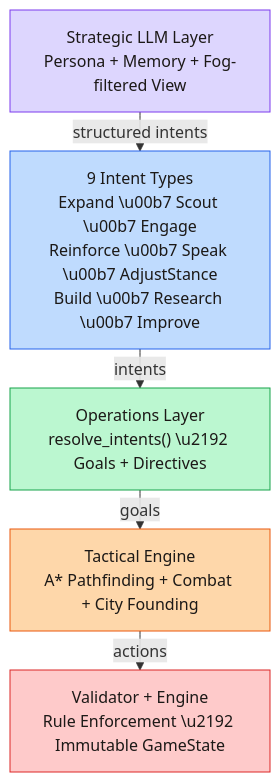
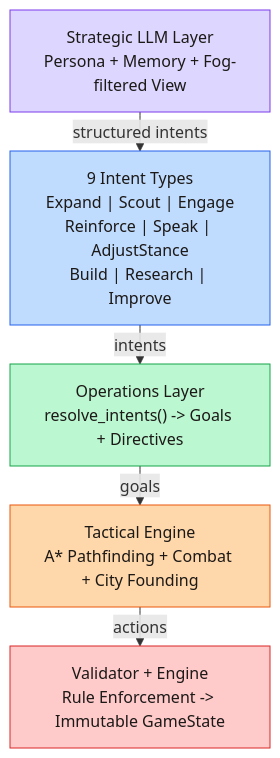
The diagram in docs/report/figures/fig2_intent_abstraction.md (maxtwotouch/StrategAI), drawn with Mermaid before and after one commit. The commit also changed 1 other file, not shown here.

Commit message:
Fix bad emojis in figure

````diff
--- a/docs/report/figures/fig2_intent_abstraction.md
+++ b/docs/report/figures/fig2_intent_abstraction.md
@@ -3,20 +3,20 @@
 ```mermaid
 %%{init: {'flowchart': {'rankSpacing': 15, 'nodeSpacing': 20}}}%%
 graph TD
     classDef llm fill:#ddd6fe,color:#1c1917,stroke:#7c3aed
     classDef intent fill:#bfdbfe,color:#1c1917,stroke:#2563eb
     classDef ops fill:#bbf7d0,color:#1c1917,stroke:#16a34a
     classDef tac fill:#fed7aa,color:#1c1917,stroke:#ea580c
     classDef val fill:#fecaca,color:#1c1917,stroke:#dc2626
 
     L1["Strategic LLM Layer\nPersona + Memory + Fog-filtered View"]:::llm
-    L2["9 Intent Types\nExpand \u00b7 Scout \u00b7 Engage\nReinforce \u00b7 Speak \u00b7 AdjustStance\nBuild \u00b7 Research \u00b7 Improve"]:::intent
-    L3["Operations Layer\nresolve_intents() \u2192 Goals + Directives"]:::ops
+    L2["9 Intent Types\nExpand | Scout | Engage\nReinforce | Speak | AdjustStance\nBuild | Research | Improve"]:::intent
+    L3["Operations Layer\nresolve_intents() -> Goals + Directives"]:::ops
     L4["Tactical Engine\nA* Pathfinding + Combat + City Founding"]:::tac
-    L5["Validator + Engine\nRule Enforcement \u2192 Immutable GameState"]:::val
+    L5["Validator + Engine\nRule Enforcement -> Immutable GameState"]:::val
 
     L1 -->|"structured intents"| L2
     L2 -->|"intents"| L3
     L3 -->|"goals"| L4
     L4 -->|"actions"| L5
 ```
````
